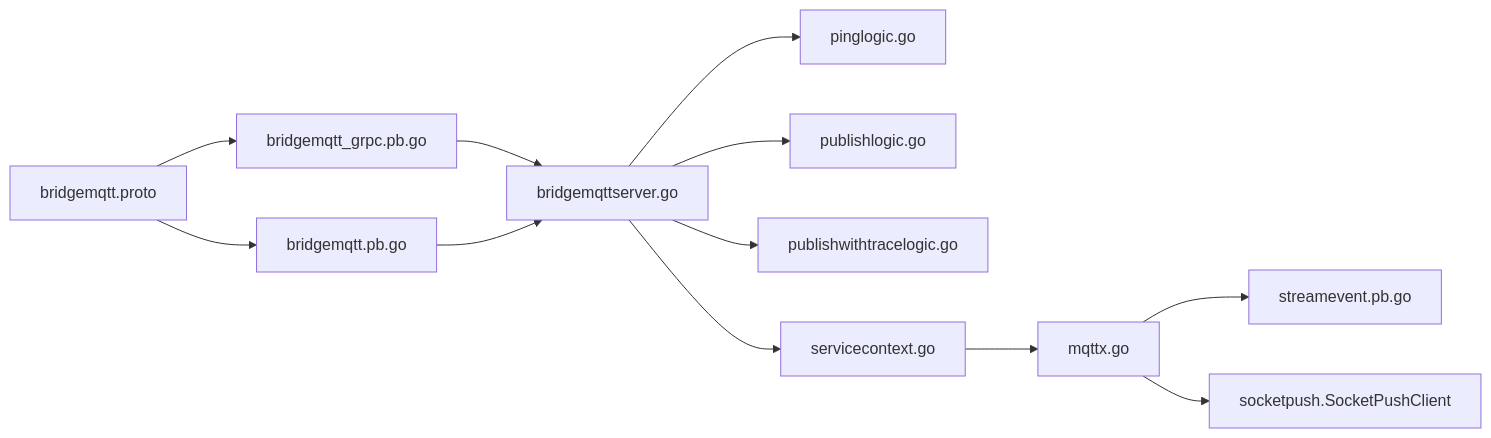
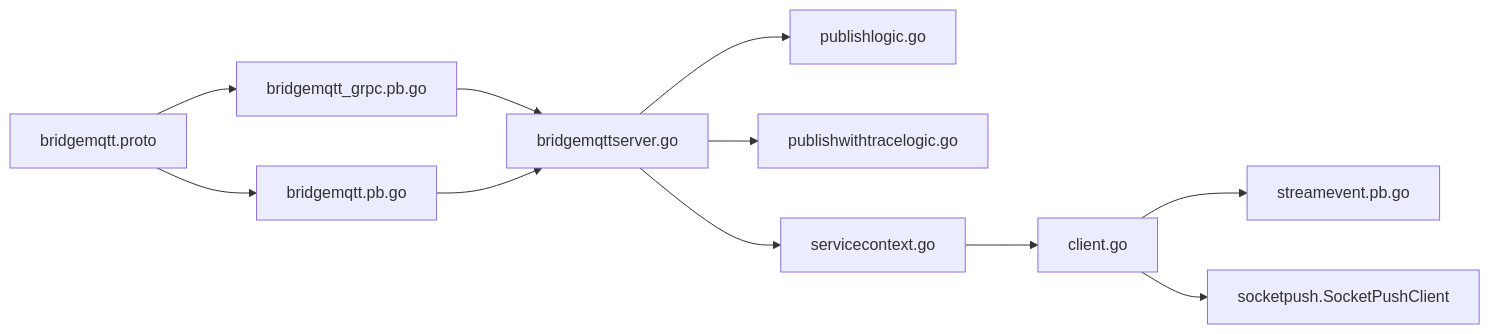
Before and after one commit to maomao94/zero-service: the third of 3 diagrams in .qoder/repowiki/zh/content/API参考文档/gRPC API接口/MQTT桥接服务API.md, drawn with Mermaid. The commit also changed other lines of this file and 59 other files, not shown here.

````diff
--- a/.qoder/repowiki/zh/content/API参考文档/gRPC API接口/MQTT桥接服务API.md
+++ b/.qoder/repowiki/zh/content/API参考文档/gRPC API接口/MQTT桥接服务API.md
@@ -300,14 +289,13 @@
 ```mermaid
 graph LR
 Proto["bridgemqtt.proto"] --> Grpc["bridgemqtt_grpc.pb.go"]
 Proto --> Pb["bridgemqtt.pb.go"]
 Grpc --> Server["bridgemqttserver.go"]
 Pb --> Server
-Server --> Logic1["pinglogic.go"]
-Server --> Logic2["publishlogic.go"]
-Server --> Logic3["publishwithtracelogic.go"]
+Server --> Logic1["publishlogic.go"]
+Server --> Logic2["publishwithtracelogic.go"]
 Server --> Ctx["servicecontext.go"]
-Ctx --> Mqtt["mqttx.go"]
+Ctx --> Mqtt["client.go"]
 Mqtt --> Stream["streamevent.pb.go"]
 Mqtt --> Socket["socketpush.SocketPushClient"]
 ```
````
